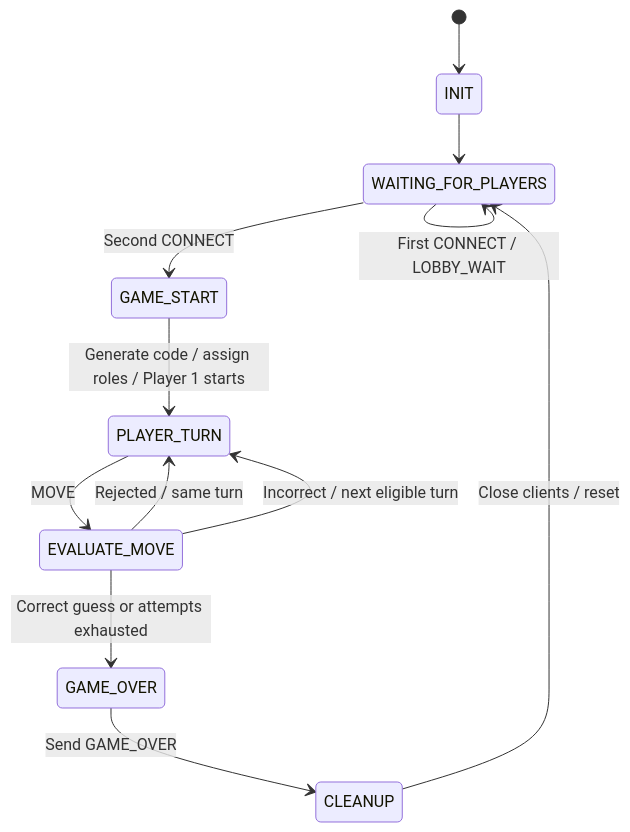
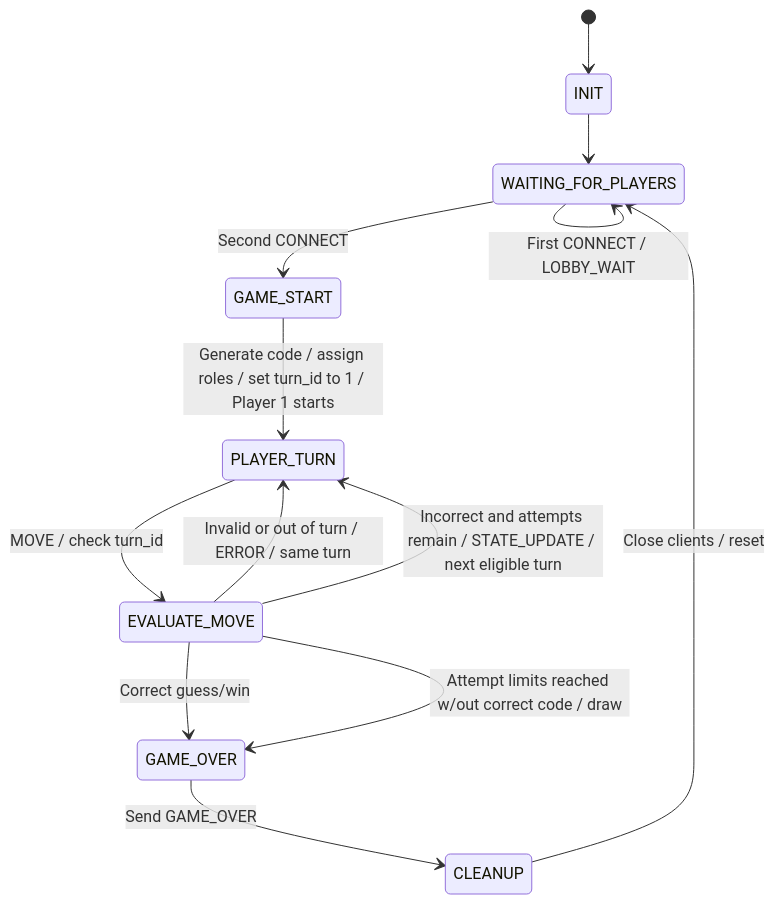
The first of 2 diagrams in docs/fsm_specifications.md (ABowSEC/CS457-CodeBreaker), drawn with Mermaid before and after one commit. The commit also changed other lines of this file and 2 other files, not shown here.

````diff
--- a/docs/fsm_specifications.md
+++ b/docs/fsm_specifications.md
@@ -5,17 +6,20 @@
 ```mermaid
 stateDiagram-v2
     direction TB
     [*] --> INIT
     INIT --> WAITING_FOR_PLAYERS
     WAITING_FOR_PLAYERS --> WAITING_FOR_PLAYERS : First CONNECT / LOBBY_WAIT
     WAITING_FOR_PLAYERS --> GAME_START : Second CONNECT
-    GAME_START --> PLAYER_TURN : Generate code / assign roles / Player 1 starts
+    GAME_START --> PLAYER_TURN : Generate code / assign roles / set turn_id to 1 / Player 1 starts
 
-    PLAYER_TURN --> EVALUATE_MOVE : MOVE
-    EVALUATE_MOVE --> PLAYER_TURN : Rejected / same turn
-    EVALUATE_MOVE --> PLAYER_TURN : Incorrect / next eligible turn
-    EVALUATE_MOVE --> GAME_OVER : Correct guess or attempts exhausted
+    PLAYER_TURN --> EVALUATE_MOVE : MOVE / check turn_id
+    EVALUATE_MOVE --> PLAYER_TURN : Invalid or out of turn / ERROR / same turn
+    EVALUATE_MOVE --> PLAYER_TURN : Incorrect and attempts remain / STATE_UPDATE / next eligible turn
+    
+    EVALUATE_MOVE --> GAME_OVER : Correct guess/win
+    EVALUATE_MOVE --> GAME_OVER : Attempt limits reached w/out correct code / draw
+
 
     GAME_OVER --> CLEANUP : Send GAME_OVER
     CLEANUP --> WAITING_FOR_PLAYERS : Close clients / reset
 ```
````
